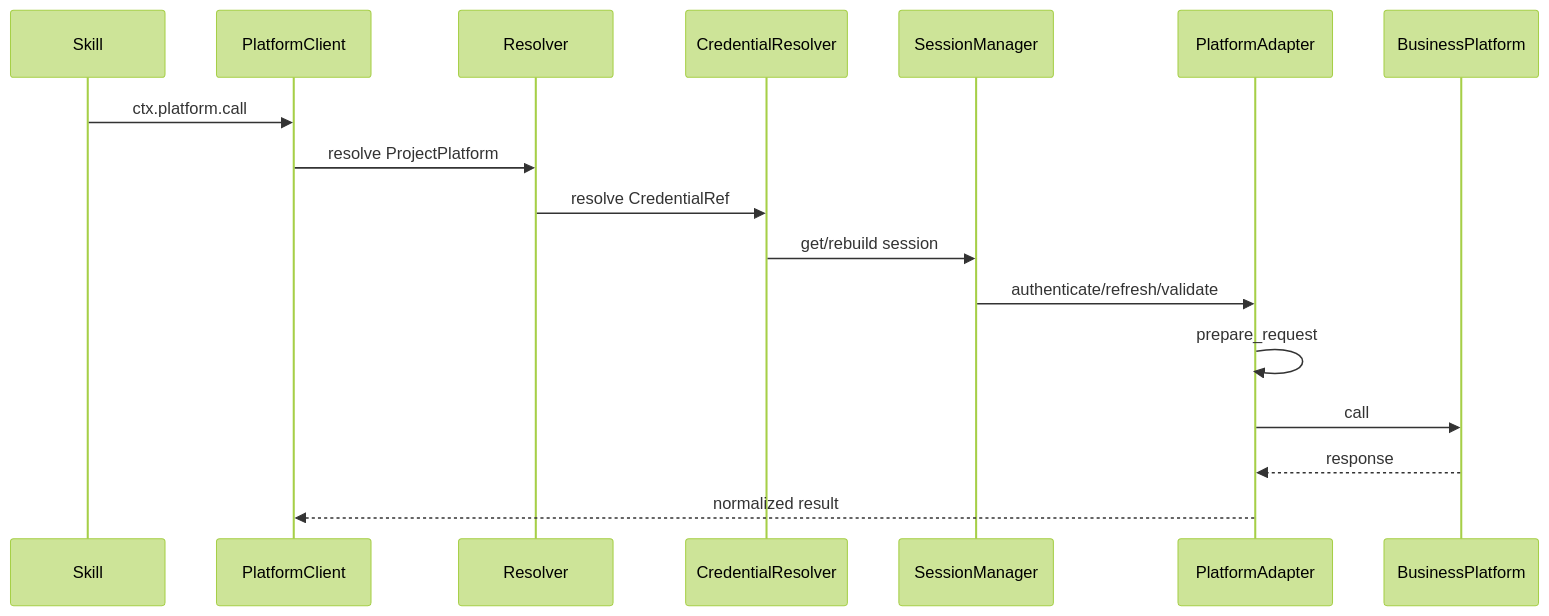
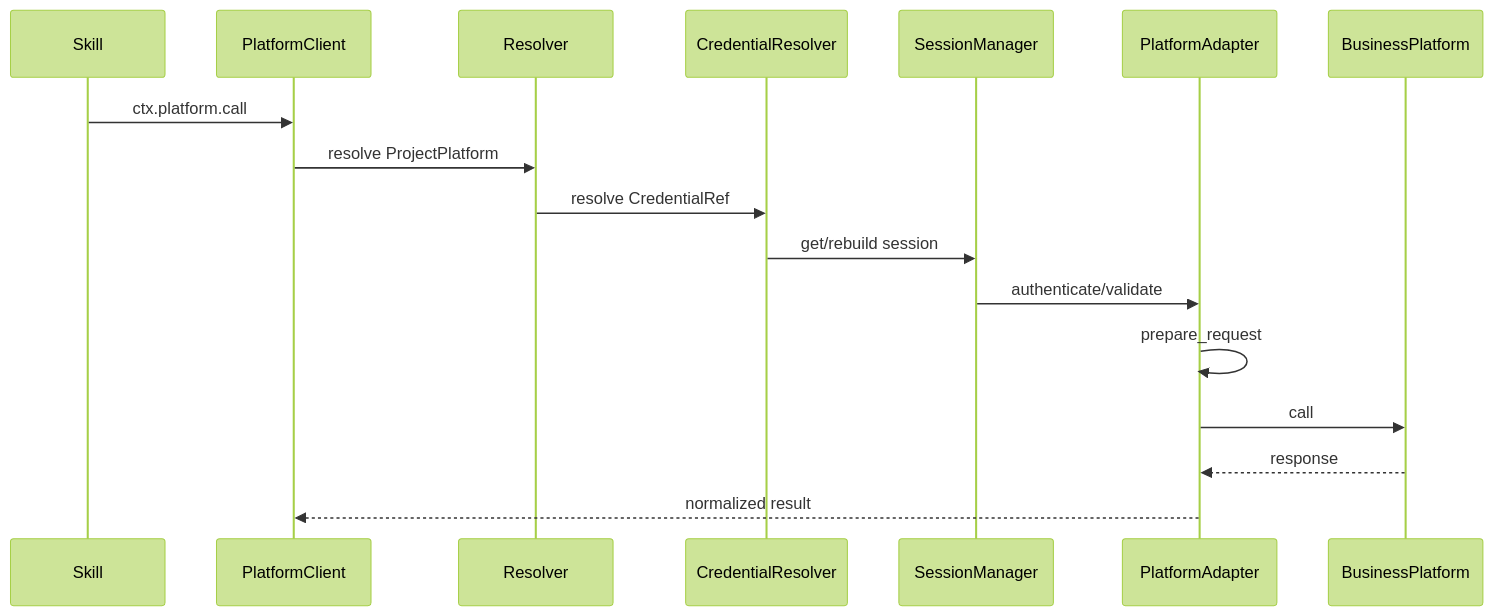
The first of 2 diagrams in .code-flow/tasks/2026-09-17/04-project-platform/04-project-platform.backend.design.md (Michaelxwb/fluxion-harness), drawn with Mermaid (forest theme) before and after one commit. The commit also changed other lines of this file and 33 other files, not shown here.

````diff
--- a/.code-flow/tasks/2026-09-17/04-project-platform/04-project-platform.backend.design.md
+++ b/.code-flow/tasks/2026-09-17/04-project-platform/04-project-platform.backend.design.md
@@ -114,19 +143,19 @@
 ```mermaid
 sequenceDiagram
  participant S as Skill
  participant P as PlatformClient
  participant R as Resolver
  participant C as CredentialResolver
  participant SM as SessionManager
  participant A as PlatformAdapter
  participant B as BusinessPlatform
  S->>P: ctx.platform.call
  P->>R: resolve ProjectPlatform
  R->>C: resolve CredentialRef
  C->>SM: get/rebuild session
- SM->>A: authenticate/refresh/validate
+ SM->>A: authenticate/validate
  A->>A: prepare_request
  A->>B: call
  B-->>A: response
  A-->>P: normalized result
 ```
````
